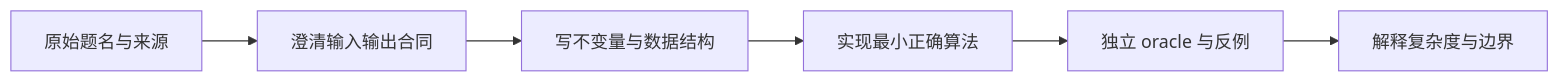
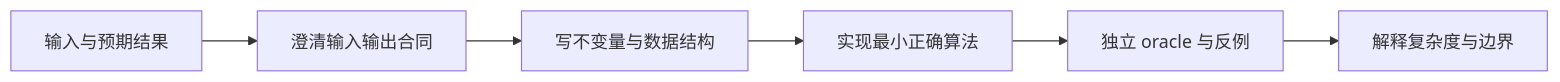
One commit to Shyu-x/frontend-interview changed the diagram in docs/coding/autumn-exam-algorithms.md. Above: the diagram before and after it, drawn with Mermaid. The commit also changed other lines of this file and 47 other files, not shown here.

````diff
--- a/docs/coding/autumn-exam-algorithms.md
+++ b/docs/coding/autumn-exam-algorithms.md
@@ -37,8 +28,8 @@
 ```mermaid
 flowchart LR
-  Q[原始题名与来源] --> C[澄清输入输出合同]
+  Q[输入与预期结果] --> C[澄清输入输出合同]
   C --> I[写不变量与数据结构]
   I --> S[实现最小正确算法]
   S --> O[独立 oracle 与反例]
   O --> B[解释复杂度与边界]
 ```
````
